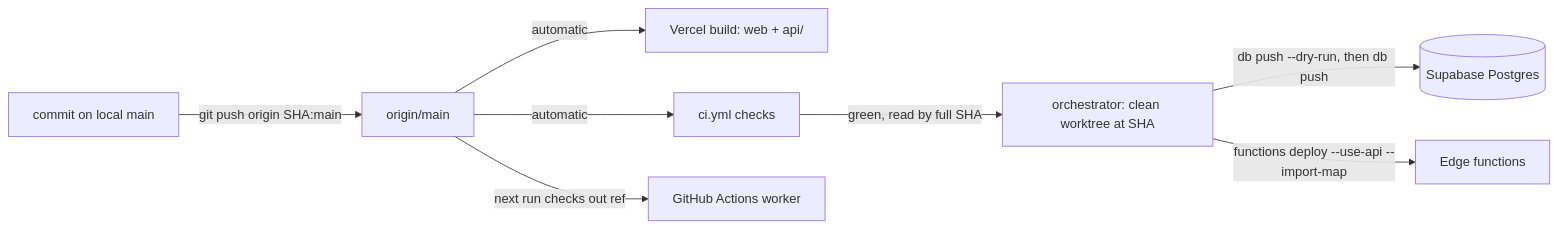
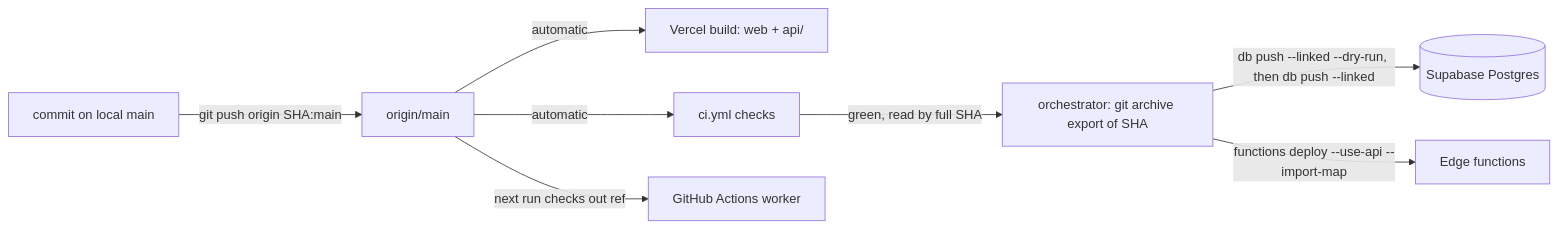
The diagram in docs/technical/deploy-and-release.md (MallamTeja/applyyy), drawn with Mermaid before and after one commit. The commit also changed other lines of this file and 136 other files, not shown here.

````diff
--- a/docs/technical/deploy-and-release.md
+++ b/docs/technical/deploy-and-release.md
@@ -20,10 +20,10 @@
 ```mermaid
 flowchart LR
   C[commit on local main] -->|git push origin SHA:main| O[origin/main]
   O -->|automatic| V[Vercel build: web + api/]
   O -->|automatic| CI[ci.yml checks]
-  CI -->|green, read by full SHA| W[orchestrator: clean worktree at SHA]
-  W -->|db push --dry-run, then db push| DB[(Supabase Postgres)]
+  CI -->|green, read by full SHA| W[orchestrator: git archive export of SHA]
+  W -->|db push --linked --dry-run, then db push --linked| DB[(Supabase Postgres)]
   W -->|functions deploy --use-api --import-map| EF[Edge functions]
   O -->|next run checks out ref| GA[GitHub Actions worker]
 ```
````
